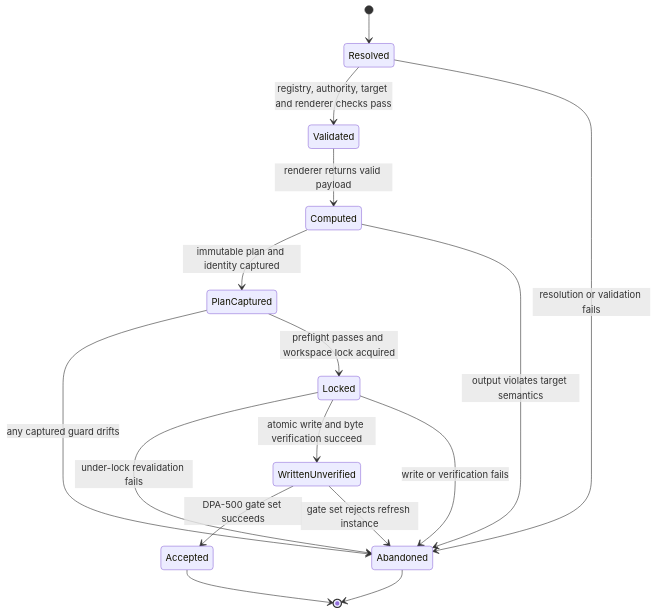
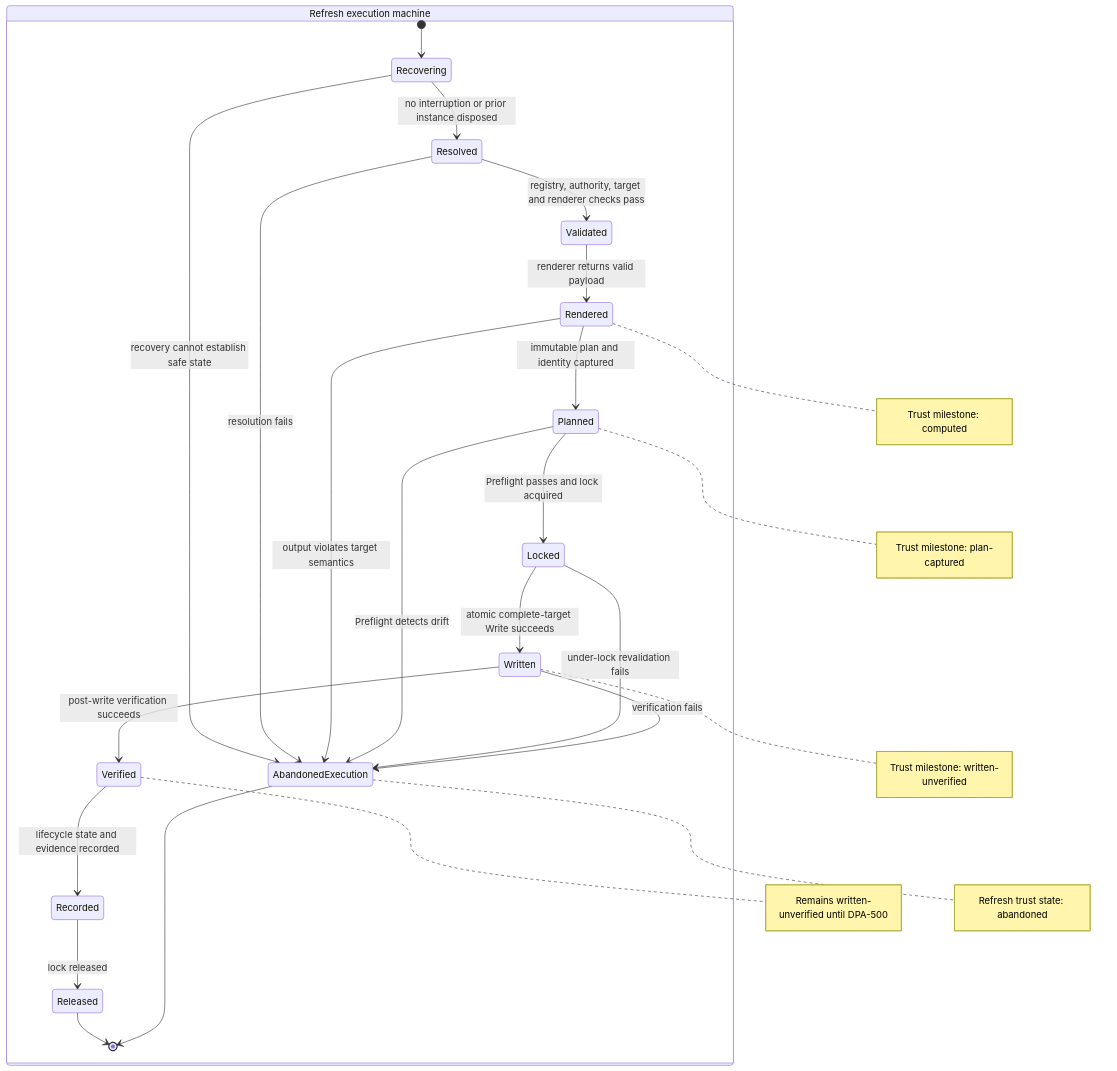
The diagram in diagrams/dpa-300-plan-state.mmd (vfi64/agentic-project-kit-dpa-lab), drawn with Mermaid before and after one commit.

Commit message:
Separate DPA-300 execution and trust milestones

```diff
--- a/diagrams/dpa-300-plan-state.mmd
+++ b/diagrams/dpa-300-plan-state.mmd
@@ -1,16 +1,37 @@
 stateDiagram-v2
-    [*] --> Resolved
-    Resolved --> Validated: registry, authority, target and renderer checks pass
-    Resolved --> Abandoned: resolution or validation fails
-    Validated --> Computed: renderer returns valid payload
-    Computed --> PlanCaptured: immutable plan and identity captured
-    Computed --> Abandoned: output violates target semantics
-    PlanCaptured --> Abandoned: any captured guard drifts
-    PlanCaptured --> Locked: preflight passes and workspace lock acquired
-    Locked --> Abandoned: under-lock revalidation fails
-    Locked --> WrittenUnverified: atomic write and byte verification succeed
-    Locked --> Abandoned: write or verification fails
-    WrittenUnverified --> Accepted: DPA-500 gate set succeeds
-    WrittenUnverified --> Abandoned: gate set rejects refresh instance
-    Accepted --> [*]
-    Abandoned --> [*]
+    state "Refresh execution machine" as REM {
+        [*] --> Recovering
+        Recovering --> Resolved: no interruption or prior instance disposed
+        Recovering --> AbandonedExecution: recovery cannot establish safe state
+        Resolved --> Validated: registry, authority, target and renderer checks pass
+        Resolved --> AbandonedExecution: resolution fails
+        Validated --> Rendered: renderer returns valid payload
+        Rendered --> Planned: immutable plan and identity captured
+        Rendered --> AbandonedExecution: output violates target semantics
+        Planned --> AbandonedExecution: Preflight detects drift
+        Planned --> Locked: Preflight passes and lock acquired
+        Locked --> AbandonedExecution: under-lock revalidation fails
+        Locked --> Written: atomic complete-target Write succeeds
+        Written --> Verified: post-write verification succeeds
+        Written --> AbandonedExecution: verification fails
+        Verified --> Recorded: lifecycle state and evidence recorded
+        Recorded --> Released: lock released
+        Released --> [*]
+        AbandonedExecution --> [*]
+    }
+
+    note right of Rendered
+      Trust milestone: computed
+    end note
+    note right of Planned
+      Trust milestone: plan-captured
+    end note
+    note right of Written
+      Trust milestone: written-unverified
+    end note
+    note right of Verified
+      Remains written-unverified until DPA-500
+    end note
+    note right of AbandonedExecution
+      Refresh trust state: abandoned
+    end note
```
